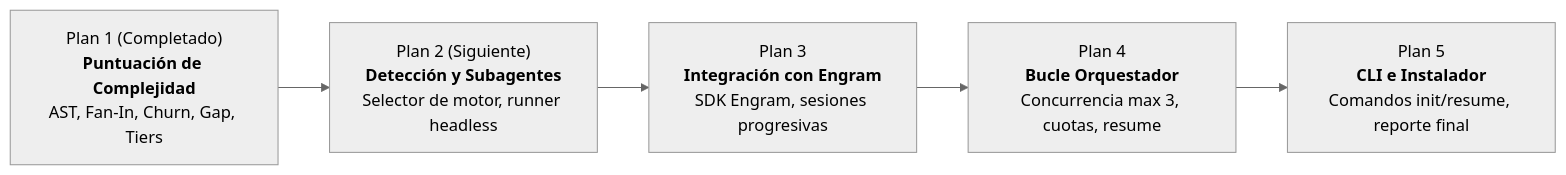
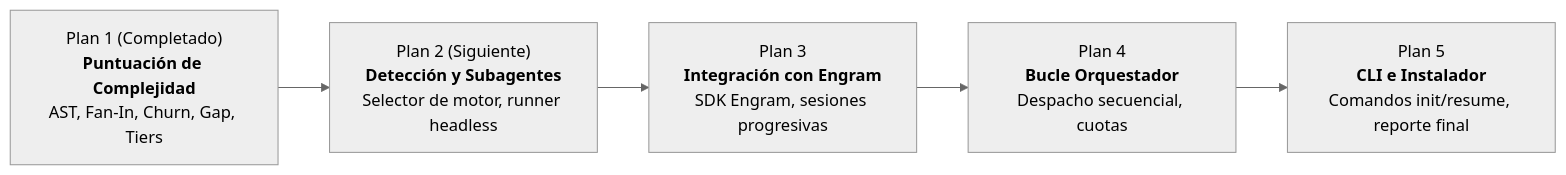
One commit to jotredev/forge614-atlas changed the second of 2 diagrams in docs/es/01-alcance-y-diseno-del-orquestador.md. Above: the diagram before and after it, drawn with Mermaid (neutral theme). The commit also changed other lines of this file and 26 other files, not shown here.

````diff
--- a/docs/es/01-alcance-y-diseno-del-orquestador.md
+++ b/docs/es/01-alcance-y-diseno-del-orquestador.md
@@ -61,10 +61,10 @@
 ```mermaid
 flowchart LR
     P1["Plan 1 (Completado)<br/><b>Puntuación de Complejidad</b><br/>AST, Fan-In, Churn, Gap, Tiers"]
     P2["Plan 2 (Siguiente)<br/><b>Detección y Subagentes</b><br/>Selector de motor, runner headless"]
     P3["Plan 3<br/><b>Integración con Engram</b><br/>SDK Engram, sesiones progresivas"]
-    P4["Plan 4<br/><b>Bucle Orquestador</b><br/>Concurrencia max 3, cuotas, resume"]
+    P4["Plan 4<br/><b>Bucle Orquestador</b><br/>Despacho secuencial, cuotas"]
     P5["Plan 5<br/><b>CLI e Instalador</b><br/>Comandos init/resume, reporte final"]
 
     P1 --> P2 --> P3 --> P4 --> P5
 ```
````
